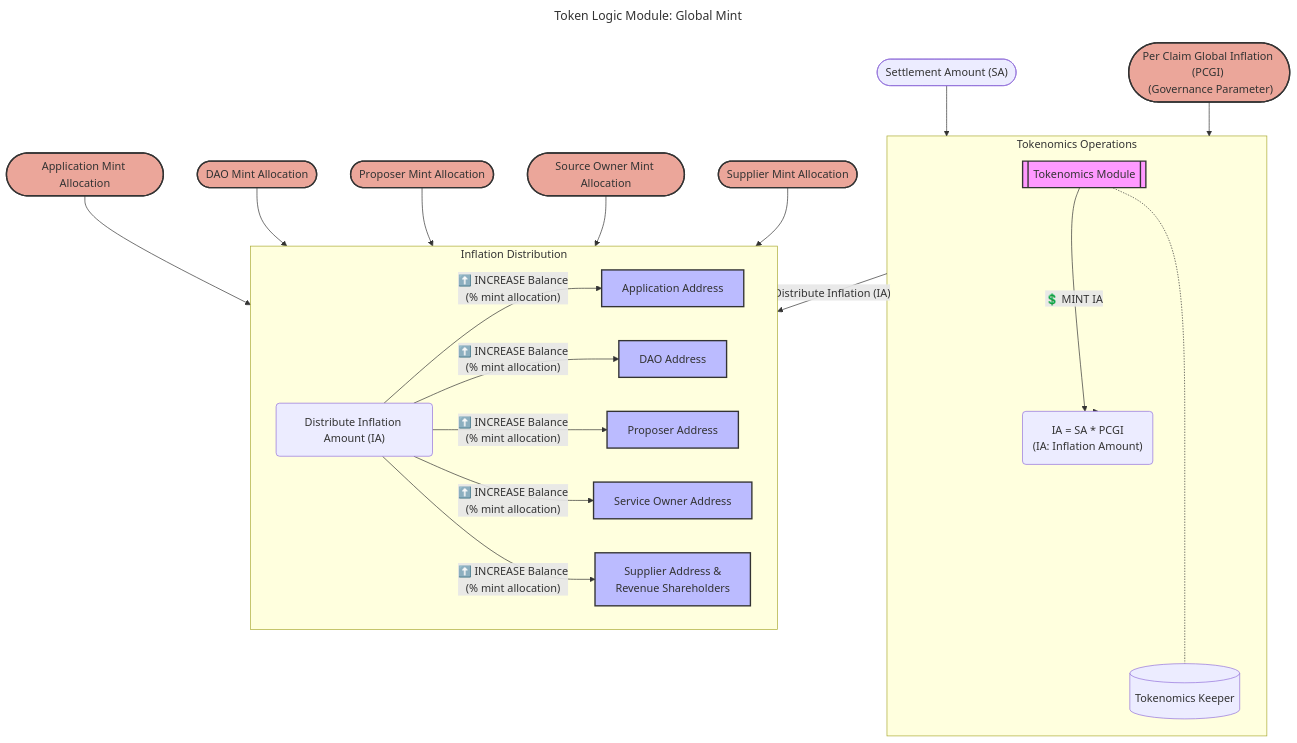
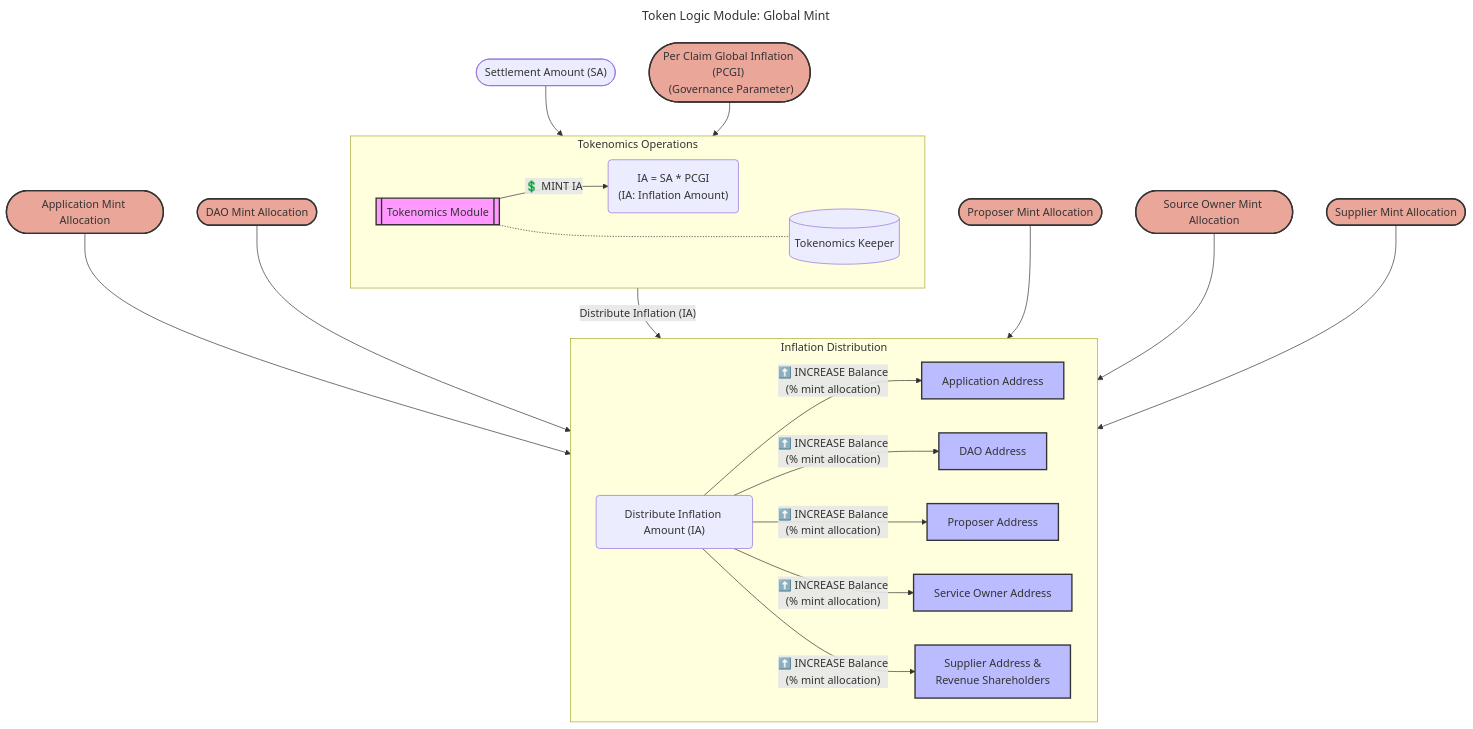
Before and after one commit to pokt-network/poktroll: the third of 6 diagrams in docusaurus/docs/protocol/tokenomics/token_logic_modules.md, drawn with Mermaid. The commit also changed other lines of this file, not shown here.

````diff
--- a/docusaurus/docs/protocol/tokenomics/token_logic_modules.md
+++ b/docusaurus/docs/protocol/tokenomics/token_logic_modules.md
@@ -205,59 +205,58 @@
 ```mermaid
 ---
 title: "Token Logic Module: Global Mint"
 ---
 flowchart TD
     SA(["Settlement Amount (SA)"])
     PCI(["Per Claim Global Inflation (PCGI) <br> (Governance Parameter)"])
 
     DA(["DAO Mint Allocation"])
     PA(["Proposer Mint Allocation"])
     SMA(["Supplier Mint Allocation"])
     SOM(["Source Owner Mint Allocation"])
     AA(["Application Mint Allocation"])
 
     SA --> TO
     PCI --> TO
-    IA --> TO
 
     subgraph TO[Tokenomics Operations]
         TM[[Tokenomics Module]]
         TK[(Tokenomics Keeper)]
         IA("IA = SA * PCGI <br> (IA: Inflation Amount)")
         TM -..- TK
         TM -- "💲 MINT IA" --> IA
 
     end
 
     AA --> ID
     DA --> ID
     TO --Distribute Inflation (IA)--> ID
     PA --> ID
     SOM --> ID
     SMA --> ID
 
     subgraph ID[Inflation Distribution]
         DI("Distribute Inflation Amount (IA)")
         APPA["Application Address"]
         SPPA["Supplier Address & <br> Revenue Shareholders"]
         DAOA["DAO Address"]
         SOA["Service Owner Address"]
         PRA["Proposer Address"]
 
         DI -->|"⬆️ INCREASE Balance <br> (% mint allocation)"| APPA
         DI -->|"⬆️ INCREASE Balance <br> (% mint allocation)"| DAOA
         DI -->|"⬆️ INCREASE Balance <br> (% mint allocation)"| PRA
         DI -->|"⬆️ INCREASE Balance <br> (% mint allocation)"| SOA
         DI -->|"⬆️ INCREASE Balance <br> (% mint allocation)"| SPPA
     end
 
     classDef module fill:#f9f,color: #333,stroke:#333,stroke-width:2px;
     classDef address fill:#bbf,color: #333,stroke:#333,stroke-width:2px;
     classDef question fill:#e3db6d,color: #333,stroke:#333,stroke-width:2px;
     classDef govparam fill:#eba69a,color: #333,stroke:#333,stroke-width:2px;
     classDef event fill:#e8b761,color: #333,stroke:#333,stroke-width:2px;
 
     class TM module;
     class PCI,DA,PA,SMA,SOM,AA govparam;
     class APPA,SPPA,DAOA,SOA,PRA address;
 ```
````
